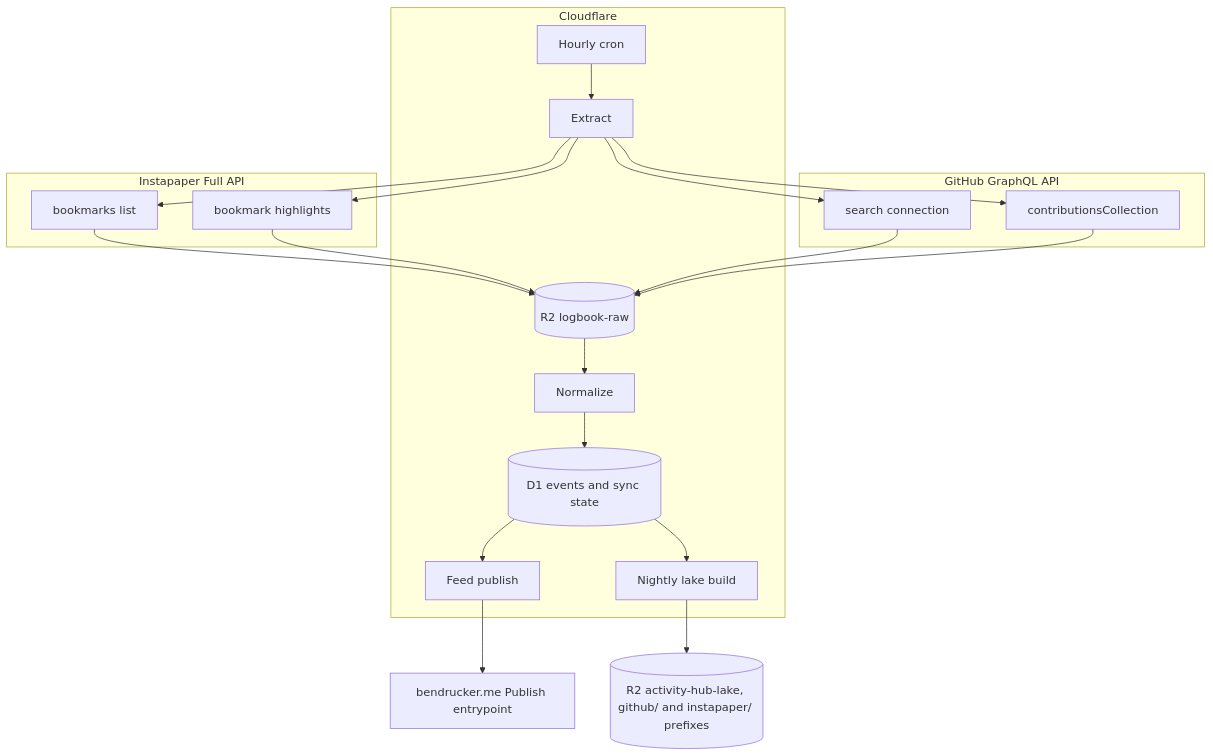
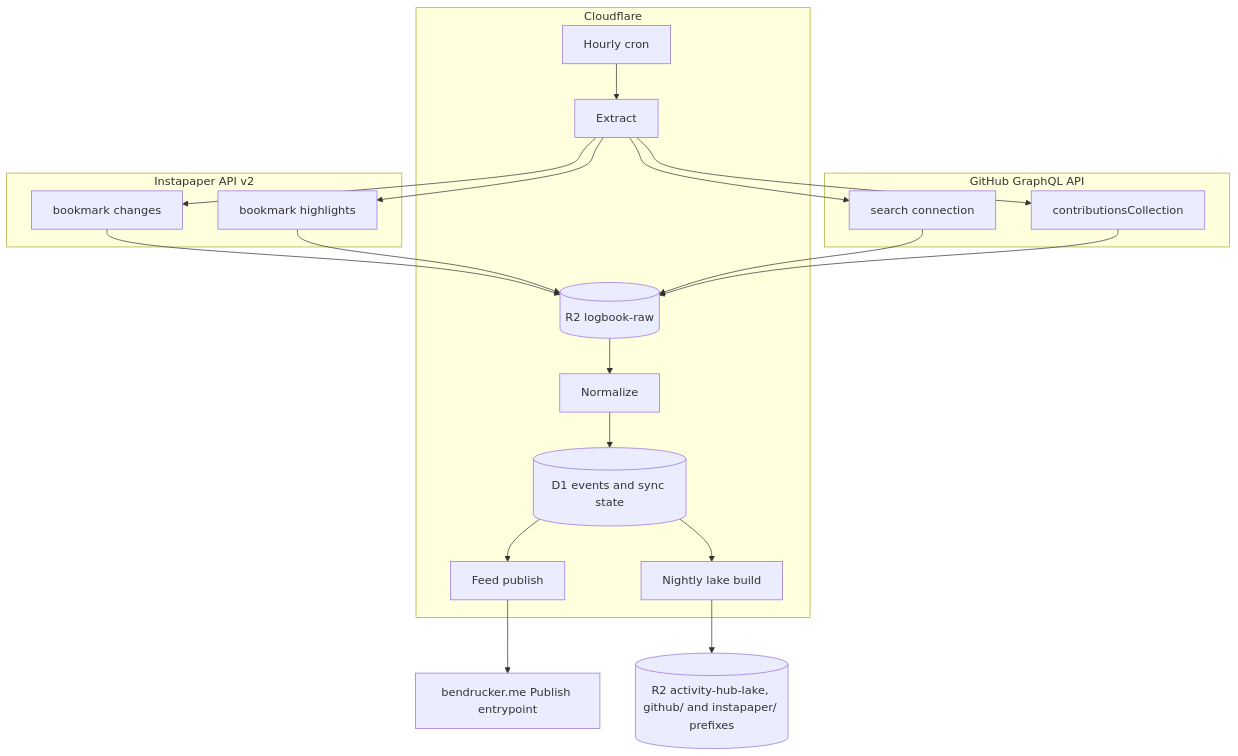
Before and after one commit to bendrucker/logbook: the diagram in docs/design.md, drawn with Mermaid. The commit also changed other lines of this file and 32 other files, not shown here.

First line of the commit message:
Move Instapaper to API v2 through its SDK

````diff
--- a/docs/design.md
+++ b/docs/design.md
@@ -27,38 +27,38 @@
 ```mermaid
 flowchart TB
     subgraph gh [GitHub GraphQL API]
         search[search connection]
         contrib[contributionsCollection]
     end
 
-    subgraph ip [Instapaper Full API]
-        bookmarks[bookmarks list]
+    subgraph ip [Instapaper API v2]
+        bookmarks[bookmark changes]
         highlights[bookmark highlights]
     end
 
     subgraph cf [Cloudflare]
         cron[Hourly cron]
         extract[Extract]
         normalize[Normalize]
         raw[(R2 logbook-raw)]
         d1[(D1 events and sync state)]
         feed[Feed publish]
         lakebuild[Nightly lake build]
     end
 
     lake[(R2 activity-hub-lake, github/ and instapaper/ prefixes)]
     site[bendrucker.me Publish entrypoint]
 
     cron --> extract
     extract --> search
     extract --> contrib
     extract --> bookmarks
     extract --> highlights
     bookmarks --> raw
     highlights --> raw
     search --> raw
     contrib --> raw
     raw --> normalize --> d1
     d1 --> feed --> site
     d1 --> lakebuild --> lake
 ```
````
